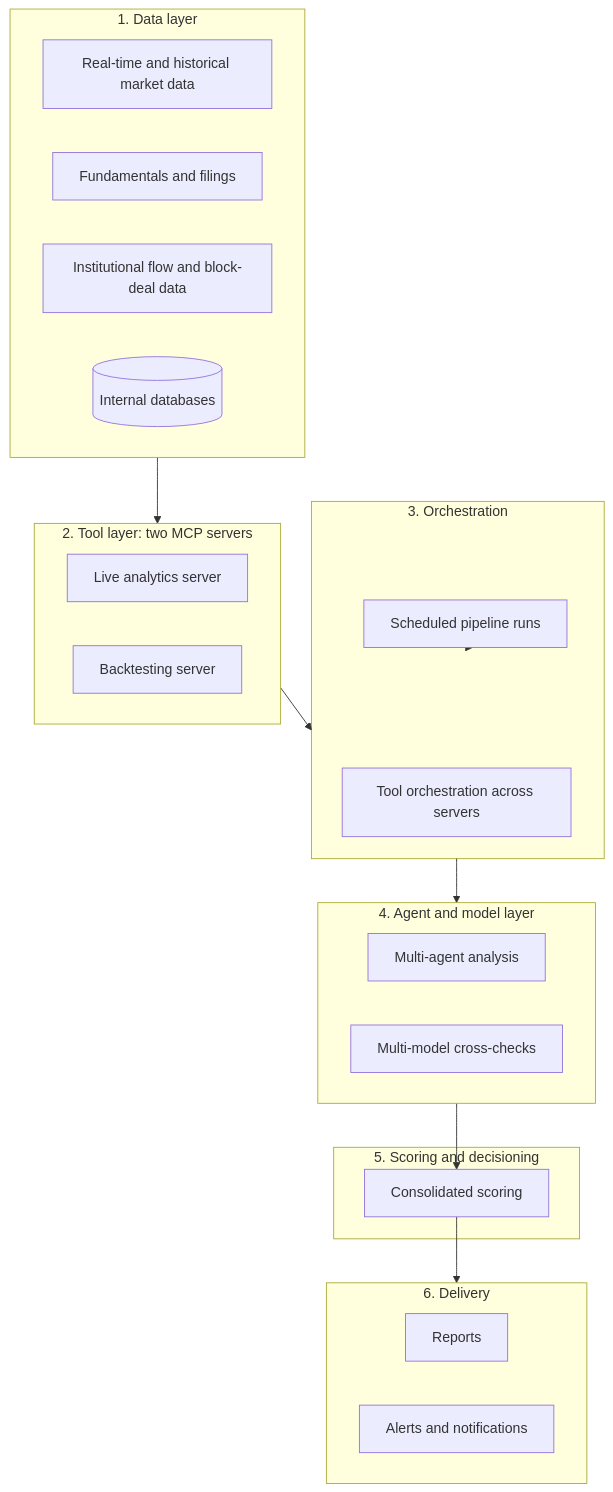
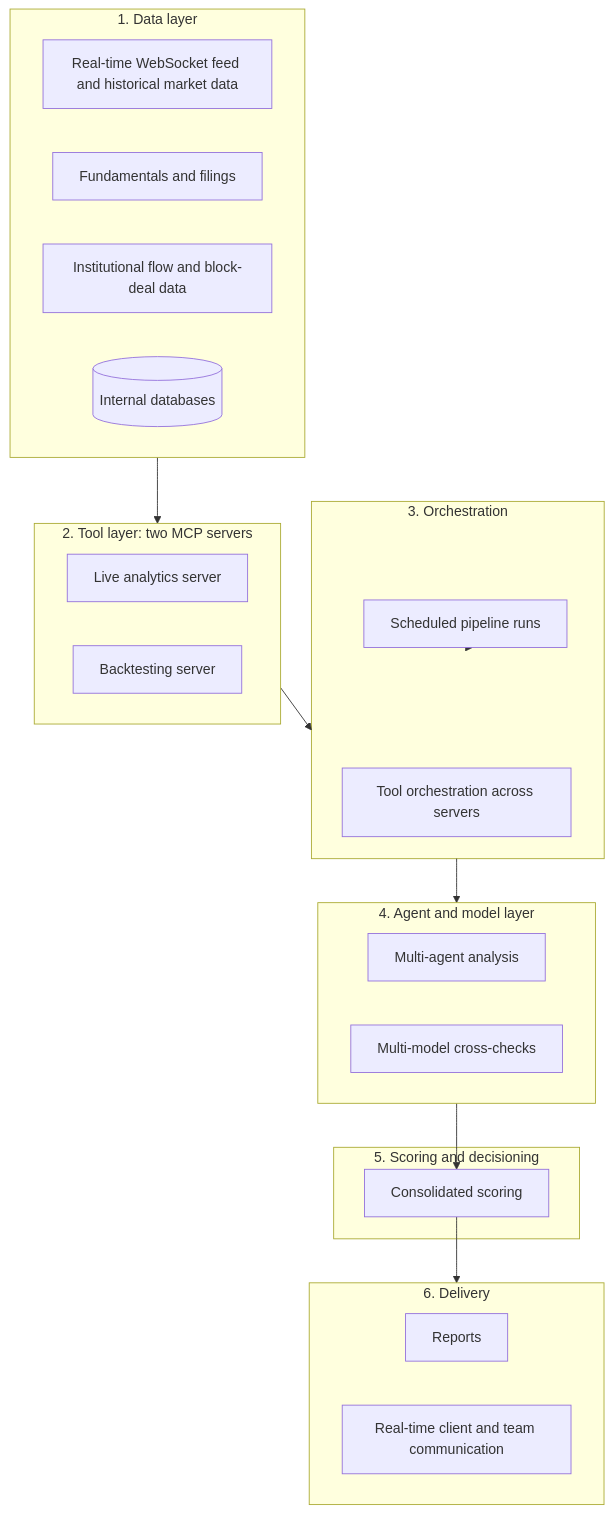
Before and after one commit to sagar54368/meridian-agent-platform: the diagram in README.md, drawn with Mermaid. The commit also changed other lines of this file, not shown here.

````diff
--- a/README.md
+++ b/README.md
@@ -22,34 +38,34 @@
 ```mermaid
 flowchart TB
     subgraph DATA["1. Data layer"]
-        MKT["Real-time and historical market data"]
+        MKT["Real-time WebSocket feed and historical market data"]
         FUND["Fundamentals and filings"]
         FLOW["Institutional flow and block-deal data"]
         DB[("Internal databases")]
     end
     subgraph TOOLS["2. Tool layer: two MCP servers"]
         LIVE["Live analytics server"]
         BT["Backtesting server"]
     end
     subgraph ORCH["3. Orchestration"]
         ROUTE["Tool orchestration across servers"]
         SCHED["Scheduled pipeline runs"]
     end
     subgraph AGENTS["4. Agent and model layer"]
         MA["Multi-agent analysis"]
         MM["Multi-model cross-checks"]
     end
     subgraph DECIDE["5. Scoring and decisioning"]
         SCORE["Consolidated scoring"]
     end
     subgraph DELIVER["6. Delivery"]
         RPT["Reports"]
-        ALERT["Alerts and notifications"]
+        ALERT["Real-time client and team communication"]
     end
     DATA --> TOOLS
     TOOLS --> ORCH
     ORCH --> AGENTS
     AGENTS --> SCORE
     SCORE --> DELIVER
     SCHED --> ORCH
 ```
````
